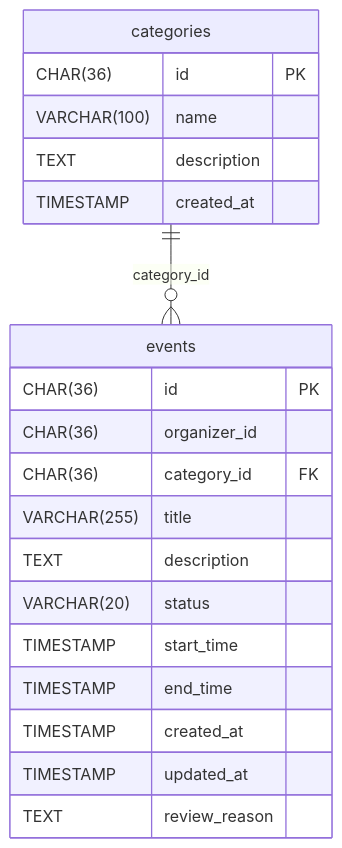
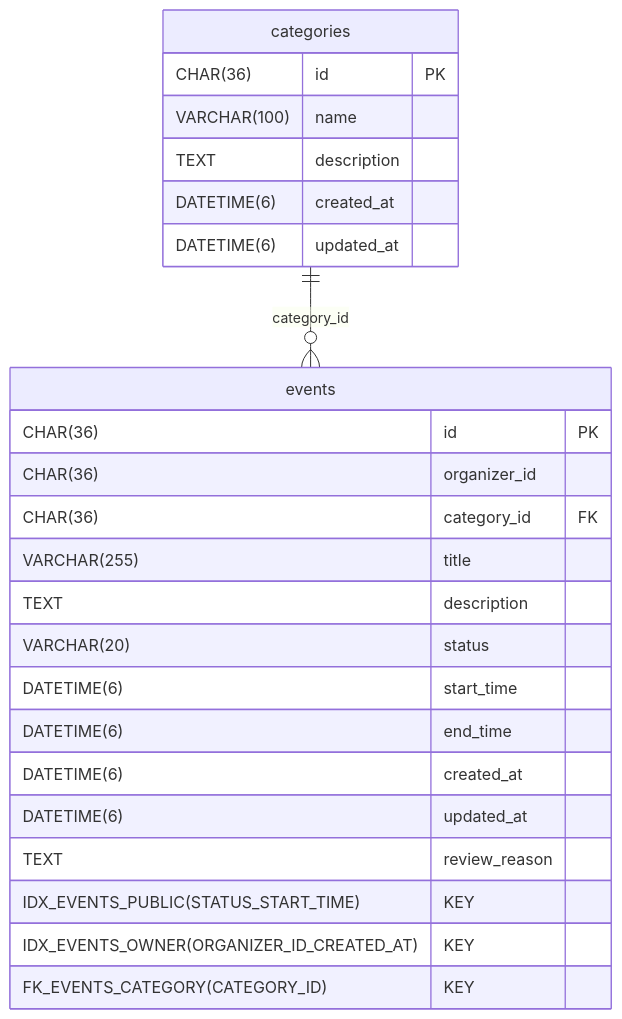
Before and after one commit to duymk123/EventHub: the diagram in docs/database/event-service/erd.md, drawn with Mermaid. The commit also changed other lines of this file and 32 other files, not shown here.

````diff
--- a/docs/database/event-service/erd.md
+++ b/docs/database/event-service/erd.md
@@ -9,23 +9,27 @@
 ```mermaid
 erDiagram
   categories ||--o{ events : category_id
   categories {
     CHAR(36) id PK
     VARCHAR(100) name
     TEXT description
-    TIMESTAMP created_at
+    DATETIME(6) created_at
+    DATETIME(6) updated_at
   }
   events {
     CHAR(36) id PK
     CHAR(36) organizer_id
     CHAR(36) category_id FK
     VARCHAR(255) title
     TEXT description
     VARCHAR(20) status
-    TIMESTAMP start_time
-    TIMESTAMP end_time
-    TIMESTAMP created_at
-    TIMESTAMP updated_at
+    DATETIME(6) start_time
+    DATETIME(6) end_time
+    DATETIME(6) created_at
+    DATETIME(6) updated_at
     TEXT review_reason
+    IDX_EVENTS_PUBLIC(STATUS_START_TIME) KEY
+    IDX_EVENTS_OWNER(ORGANIZER_ID_CREATED_AT) KEY
+    FK_EVENTS_CATEGORY(CATEGORY_ID) KEY
   }
 ```
````
